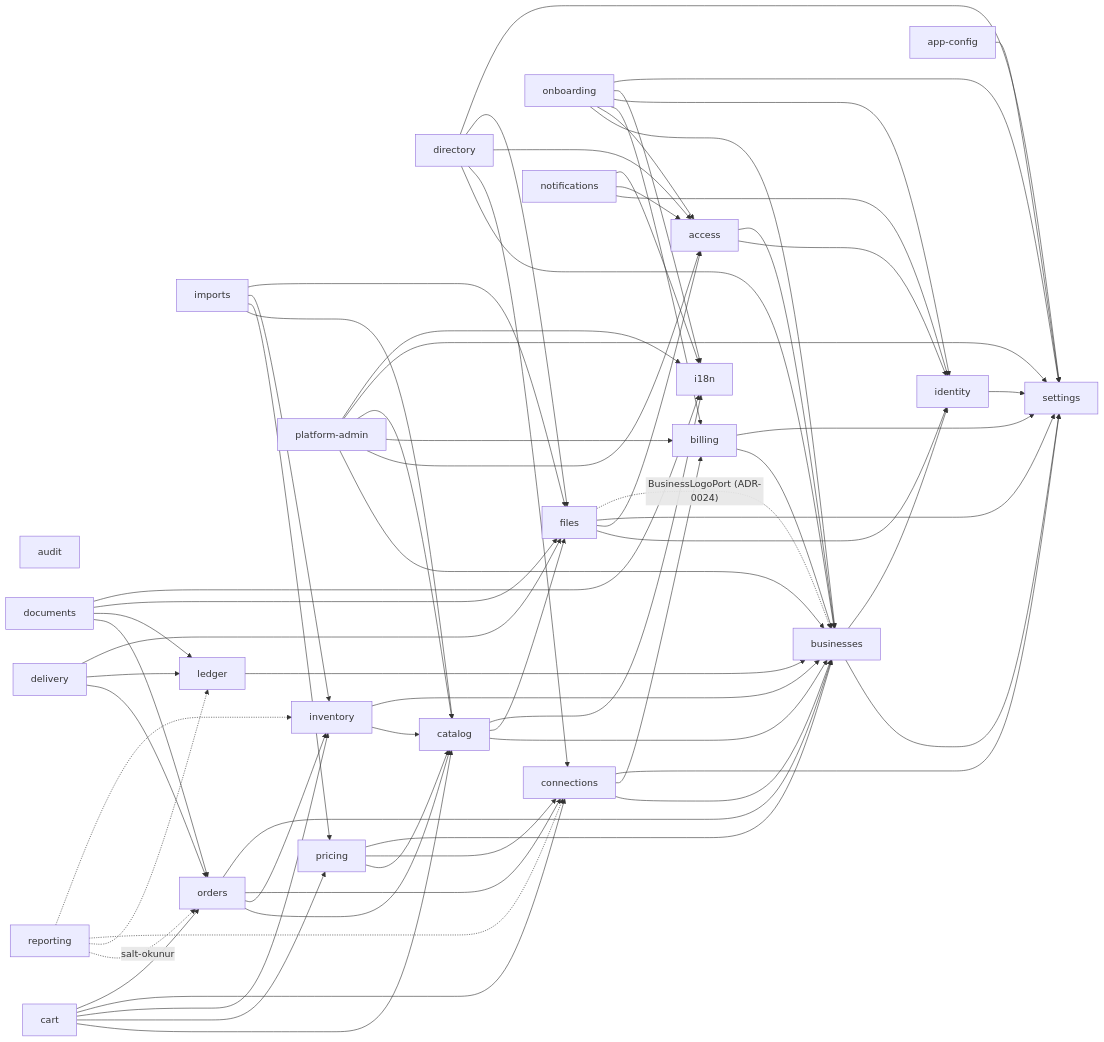
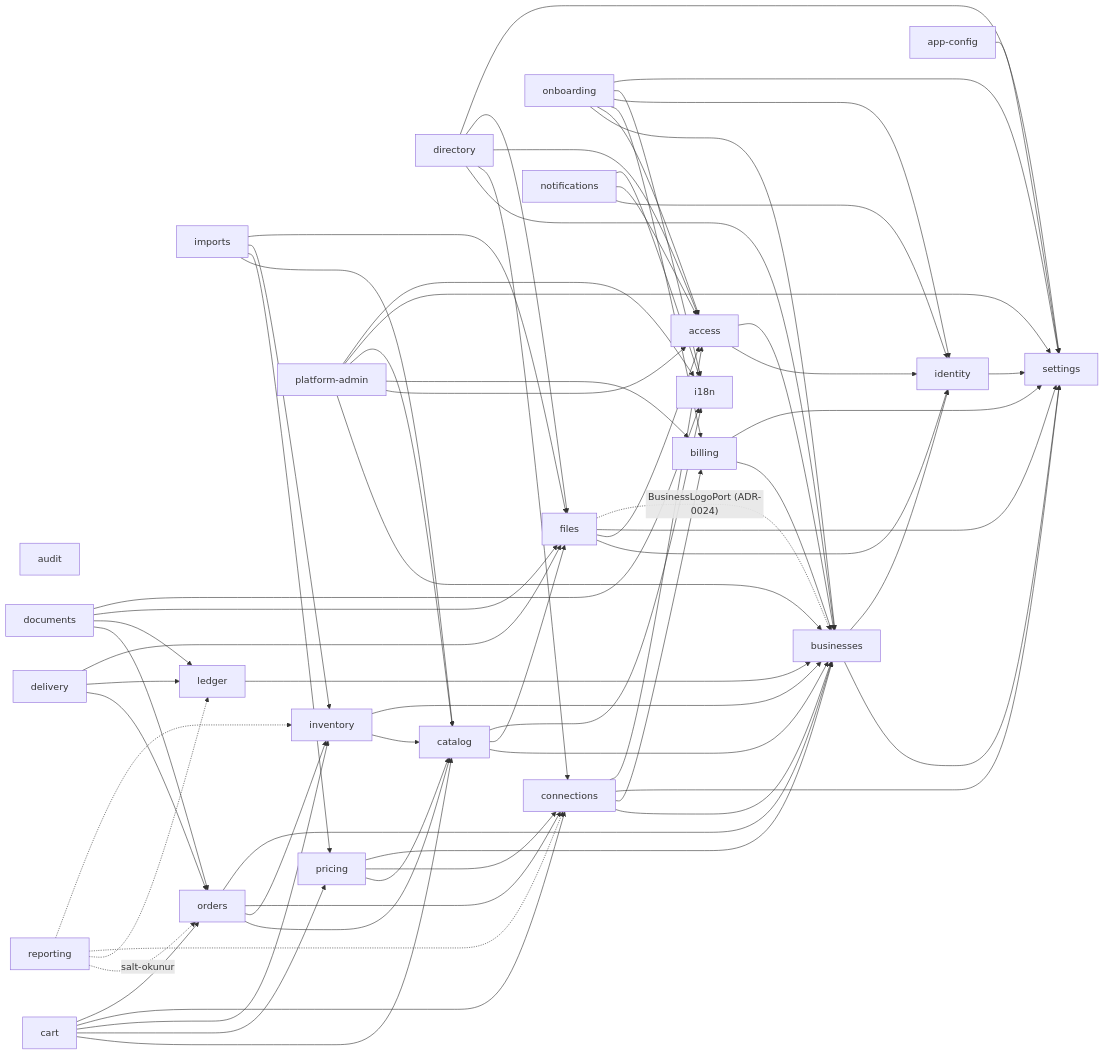
One commit to MIRALIKAZIMLI/b2b-platform changed the diagram in docs/03-architecture/c4-component.md. Above: the diagram before and after it, drawn with Mermaid. The commit also changed 41 other files, not shown here.

```diff
--- a/docs/03-architecture/c4-component.md
+++ b/docs/03-architecture/c4-component.md
@@ -37,6 +37,7 @@
     connections --> businesses
     connections --> billing
     connections --> settings
+    connections --> access
     directory --> businesses
     directory --> connections
     directory --> access
```
